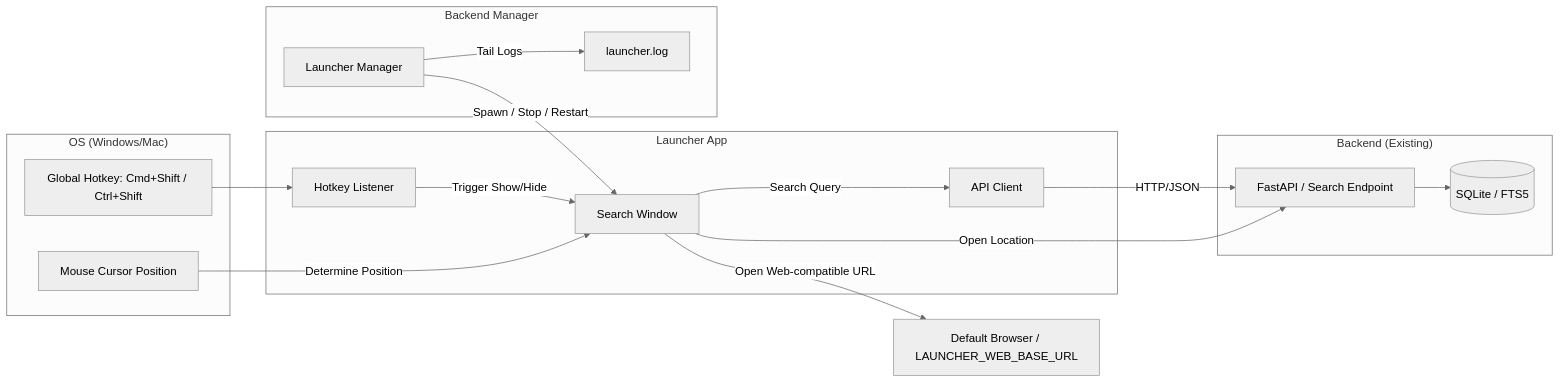
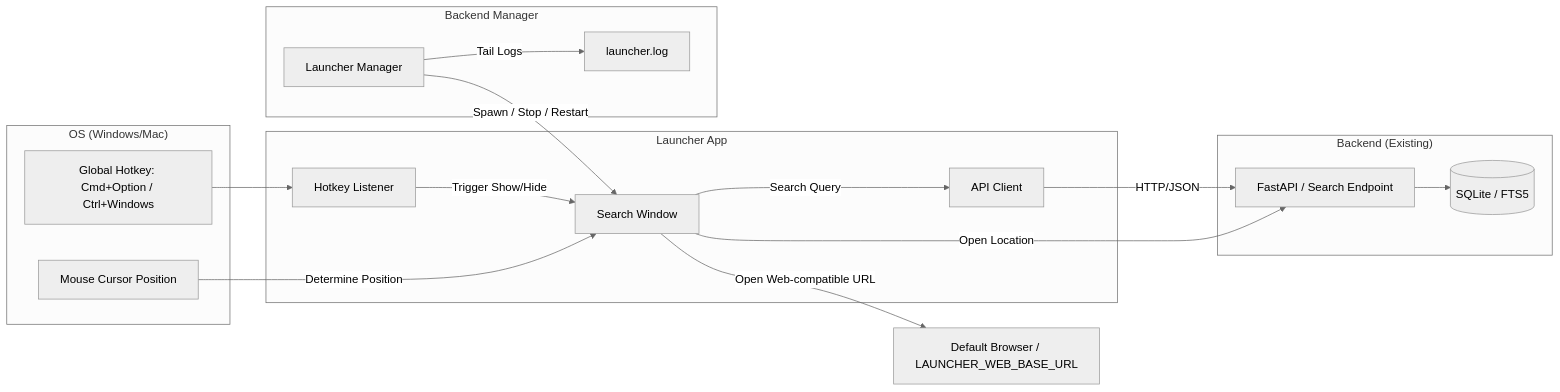
The diagram in launcher/docs/architecture.md (myao9494/Local-fulltext-search), drawn with Mermaid (neutral theme) before and after one commit. The commit also changed other lines of this file and 6 other files, not shown here.

Commit message:
feat: update hotkey trigger from Command + Shift to Command + Option across implementation, tests, and documentation

````diff
--- a/launcher/docs/architecture.md
+++ b/launcher/docs/architecture.md
@@ -14,34 +14,34 @@
 ```mermaid
 graph LR
     subgraph "OS (Windows/Mac)"
-        HK[Global Hotkey: Cmd+Shift / Ctrl+Shift]
+        HK[Global Hotkey: Cmd+Option / Ctrl+Windows]
         Mouse[Mouse Cursor Position]
     end
 
     subgraph "Launcher App"
         UI[Search Window]
         Client[API Client]
         Listener[Hotkey Listener]
     end
 
     subgraph "Backend Manager"
         LM[Launcher Manager]
         Log[launcher.log]
     end
 
     subgraph "Backend (Existing)"
         API[FastAPI / Search Endpoint]
         DB[(SQLite / FTS5)]
     end
 
     HK --> Listener
     Listener -->|Trigger Show/Hide| UI
     Mouse -->|Determine Position| UI
     UI -->|Search Query| Client
     Client -->|HTTP/JSON| API
     API --> DB
     UI -->|Open Web-compatible URL| Browser[Default Browser / LAUNCHER_WEB_BASE_URL]
     UI -->|Open Location| API
     LM -->|Spawn / Stop / Restart| UI
     LM -->|Tail Logs| Log
 ```
````
